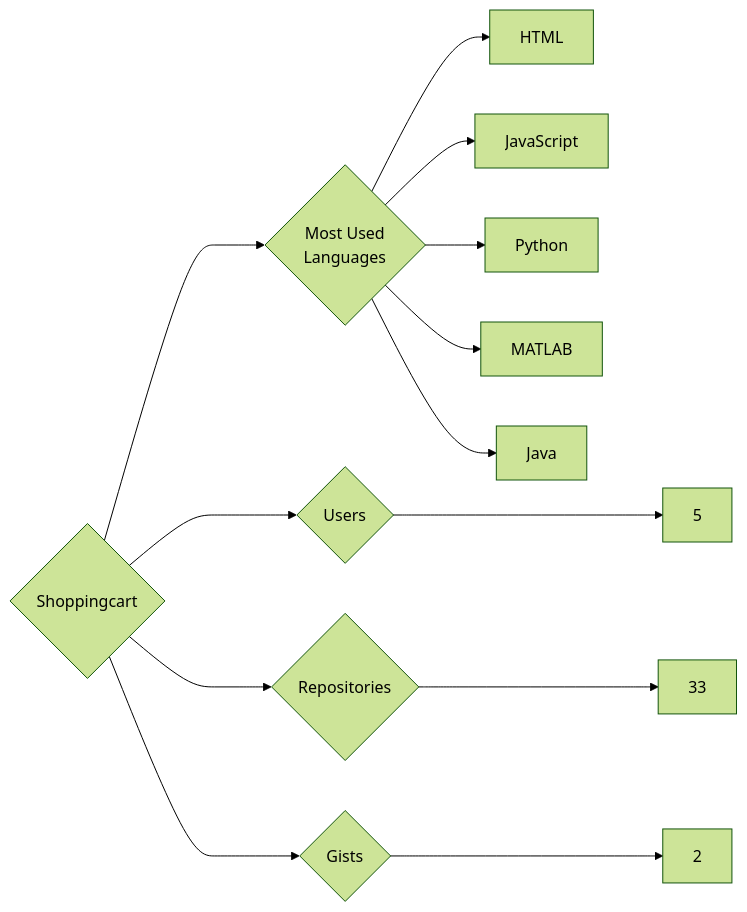
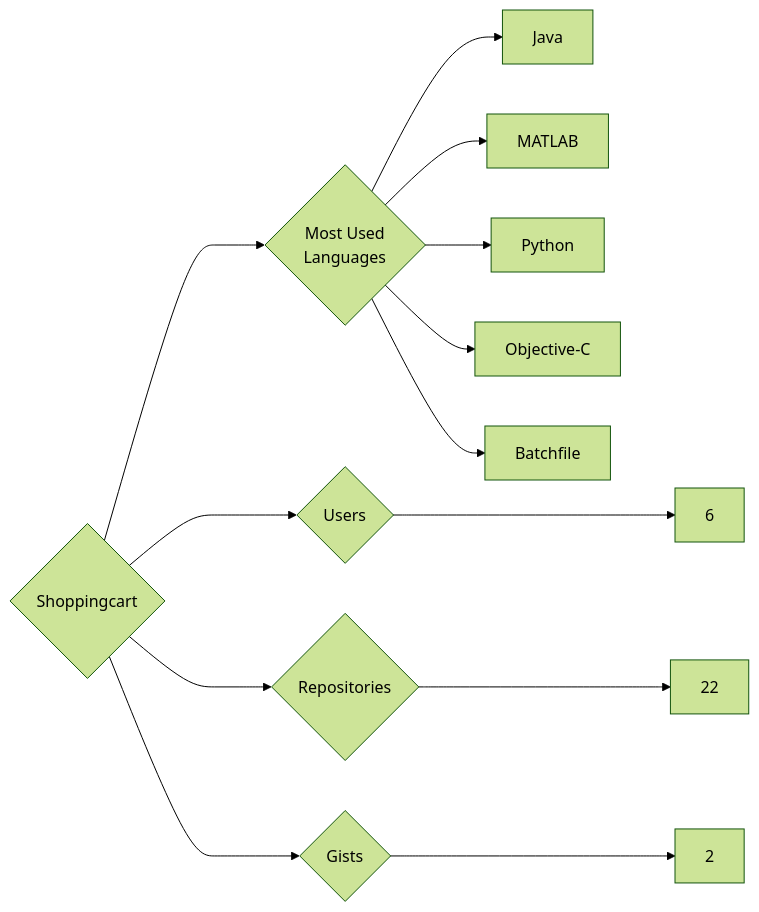
Before and after one commit to trickest/insiders: the diagram in targets/Shoppingcart/README.md, drawn with Mermaid (forest theme). The commit also changed 1389 other files, not shown here.

````diff
--- a/targets/Shoppingcart/README.md
+++ b/targets/Shoppingcart/README.md
@@ -3,13 +3,13 @@
 ```mermaid
 graph LR
 COMPANY_NAME{Shoppingcart}
-COMPANY_NAME ---> U{Users} ---> UN[5]
-COMPANY_NAME ---> R{Repositories} ---> RN[33]
+COMPANY_NAME ---> U{Users} ---> UN[6]
+COMPANY_NAME ---> R{Repositories} ---> RN[22]
 COMPANY_NAME ---> G{Gists} ---> GN[2]
 COMPANY_NAME ---> ML{Most Used<br>Languages}
-ML --> HTML[HTML]
-ML --> JavaScript[JavaScript]
+ML --> Java[Java]
+ML --> MATLAB[MATLAB]
 ML --> Python[Python]
-ML --> MATLAB[MATLAB]
-ML --> Java[Java]
+ML --> Objective-C[Objective-C]
+ML --> Batchfile[Batchfile]
 ```
````
